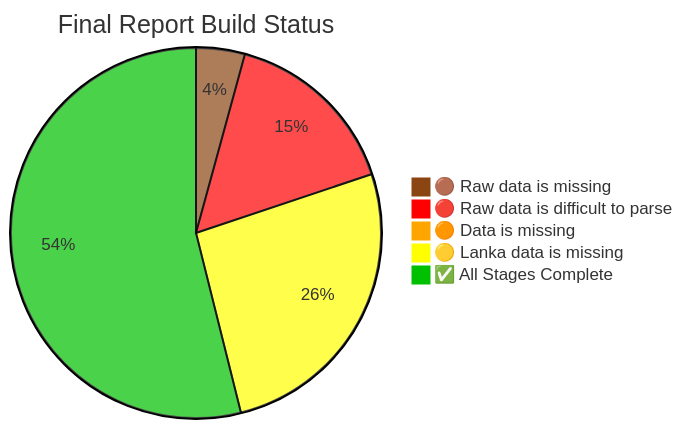
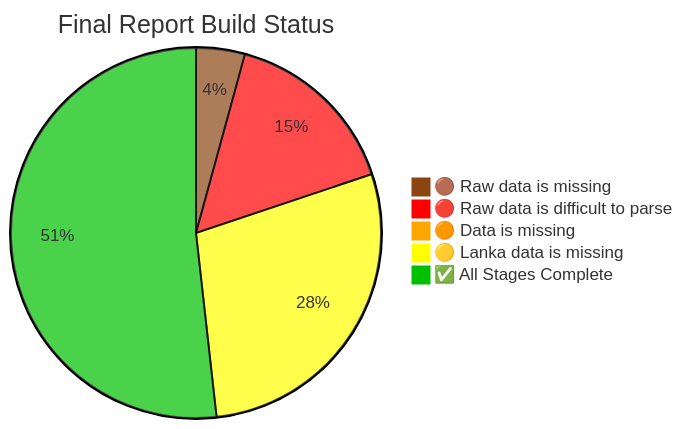
One commit to nuuuwan/lk_census_2024 changed the diagram in README.md. Above: the diagram before and after it, drawn with Mermaid. The commit also changed other lines of this file and 29 other files, not shown here.

````diff
--- a/README.md
+++ b/README.md
@@ -220,9 +220,9 @@
 ```mermaid
 %%{init: {"theme": "base", "themeVariables": {"pie1": "#8B4513", "pie2": "#FF0000", "pie3": "#FFA500", "pie4": "#FFFF00", "pie5": "#00c000"}}}%%
 pie title Final Report Build Status
 "🟤 Raw data is missing" : 6
     "🔴 Raw data is difficult to parse" : 22
     "🟠 Data is missing" : 1
-    "🟡 Lanka data is missing" : 37
-    "✅ All Stages Complete" : 76
+    "🟡 Lanka data is missing" : 40
+    "✅ All Stages Complete" : 73
 ```
````
